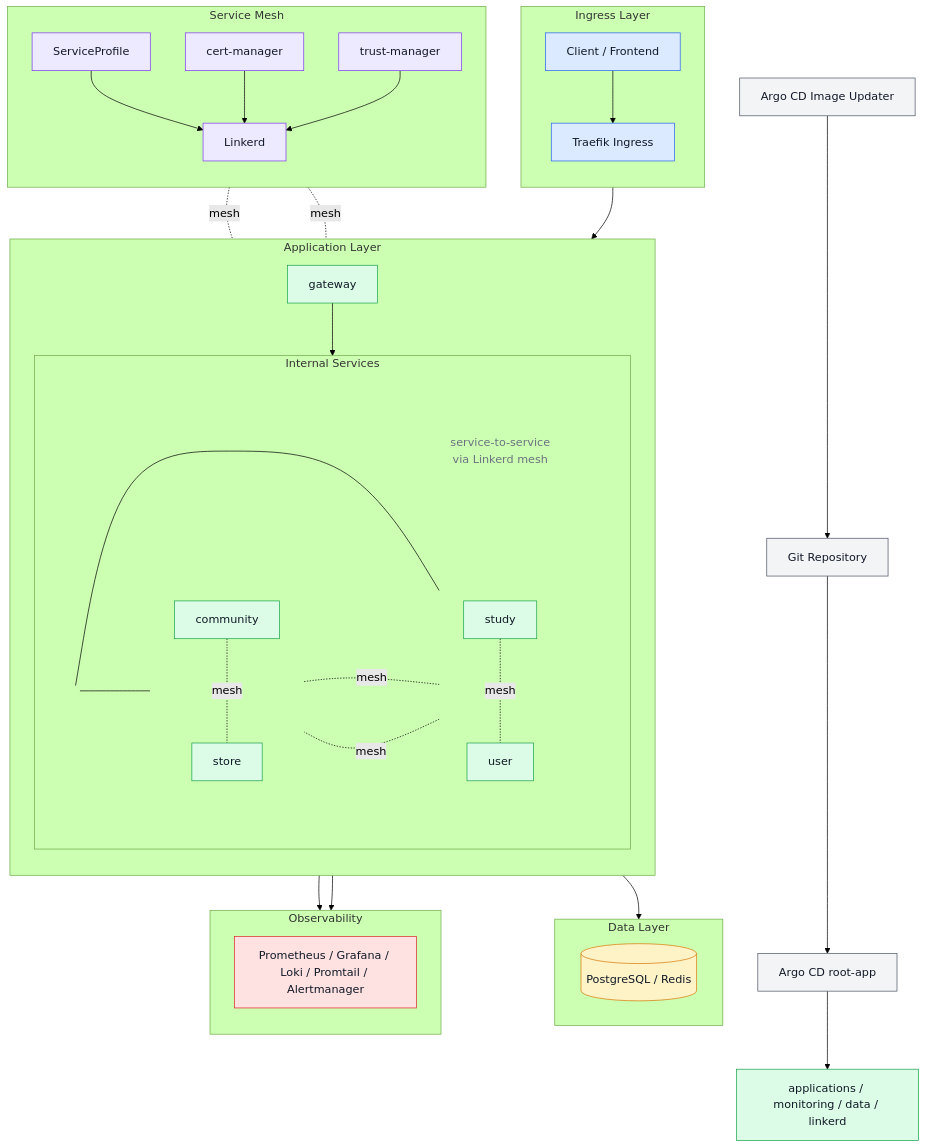
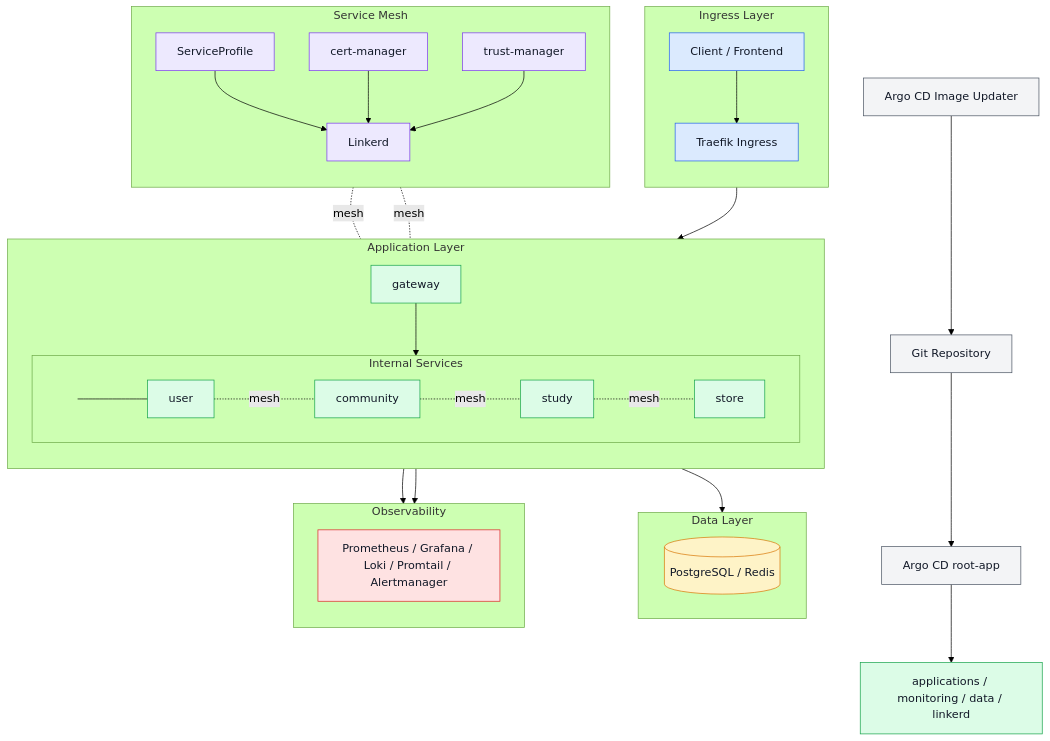
Before and after one commit to checkMateit/checkmate-kubernetes: the diagram in README.md, drawn with Mermaid (forest theme).

````diff
--- a/README.md
+++ b/README.md
@@ -43,31 +43,15 @@
         subgraph ServicesBox["Internal Services"]
             direction LR
             ServicesAnchor(( ))
-
-            subgraph LeftCol[" "]
-                direction TB
-                User[user]
-                Study[study]
-            end
-
-            subgraph MidCol[" "]
-                direction TB
-                MeshNote[service-to-service<br/>via Linkerd mesh]
-            end
-
-            subgraph RightCol[" "]
-                direction TB
-                Community[community]
-                Store[store]
-            end
+            User[user]
+            Community[community]
+            Study[study]
+            Store[store]
 
             ServicesAnchor --- User
-            ServicesAnchor --- Community
-
             User -. mesh .- Community
-            Community -. mesh .- Store
-            Store -. mesh .- Study
-            Study -. mesh .- User
+            Community -. mesh .- Study
+            Study -. mesh .- Store
         end
 
         Traefik --> Gateway
@@ -112,8 +96,4 @@
     class Linkerd,ServiceProfile,CertManager,TrustManager mesh;
     class Monitoring obs;
     style ServicesAnchor fill:transparent,stroke:transparent,color:transparent;
-    style MeshNote fill:transparent,stroke:transparent,color:#6b7280;
-    style LeftCol fill:transparent,stroke:transparent;
-    style MidCol fill:transparent,stroke:transparent;
-    style RightCol fill:transparent,stroke:transparent;
 ```
````
